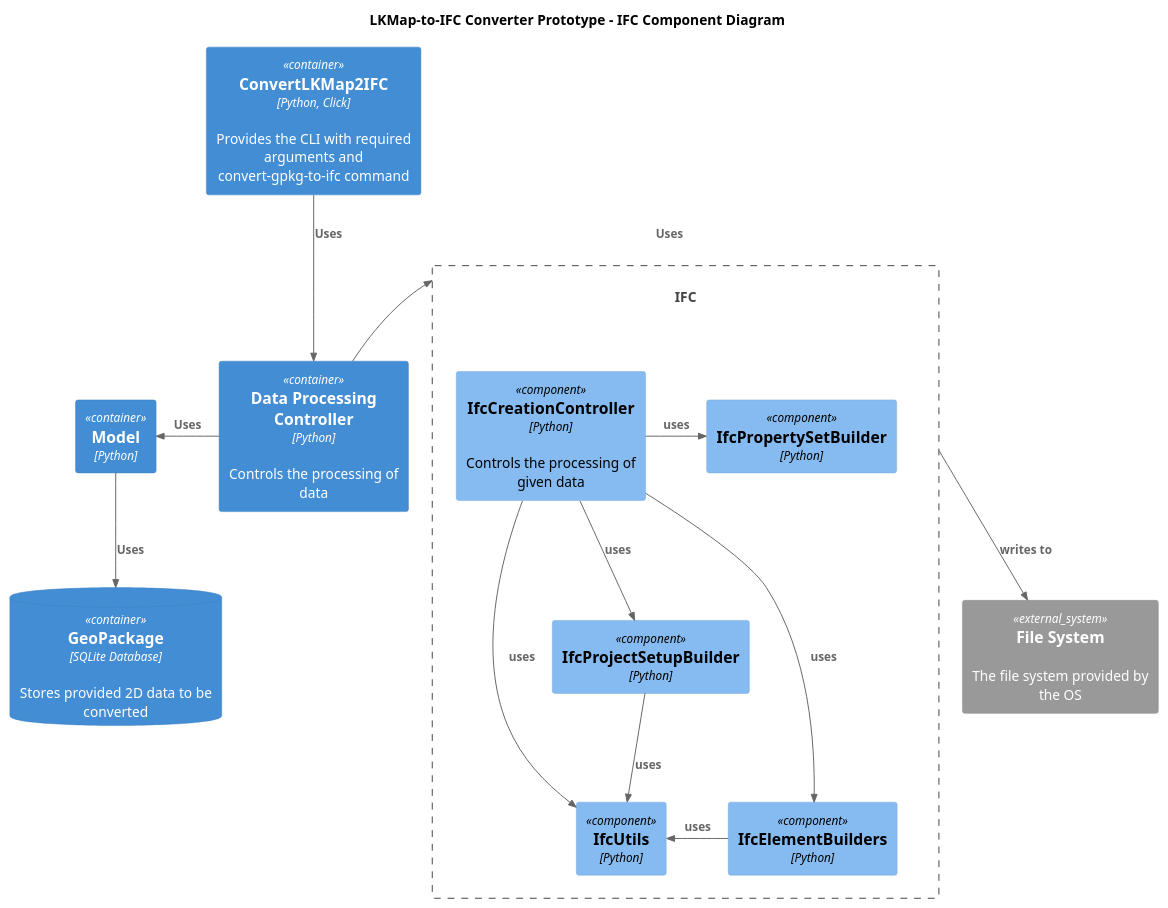
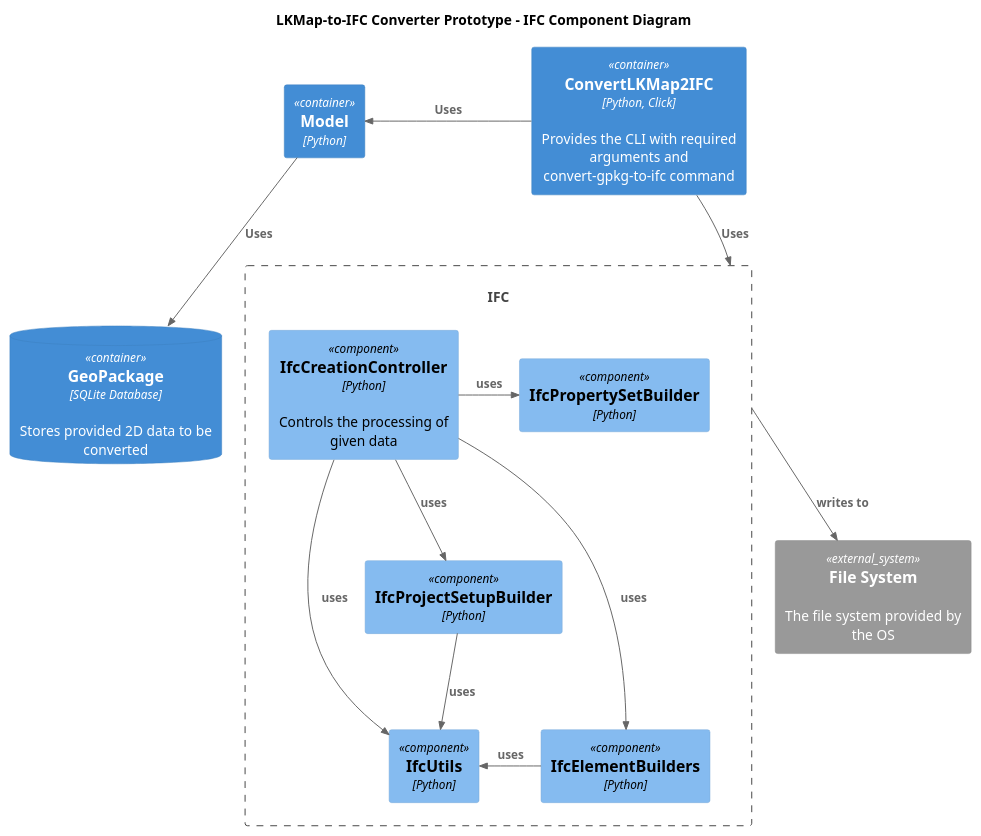
One commit to jmaier241117/LKMap2025_to_IFC_cli changed the diagram in resources/IFCComponentDiagram.puml. Above: the diagram before and after it, drawn with PlantUML. The commit also changed 2 other files, not shown here.

Commit message:
updated c4 diagrams

```diff
--- a/resources/IFCComponentDiagram.puml
+++ b/resources/IFCComponentDiagram.puml
@@ -1,34 +1,32 @@
 @startuml
 !include C4_Component.puml
 
 title LKMap-to-IFC Converter Prototype - IFC Component Diagram
 
 Container(cli, "ConvertLKMap2IFC", "Python, Click", "Provides the CLI with required arguments and convert-gpkg-to-ifc command")
-Container(controller, "Data Processing Controller", "Python", "Controls the processing of data")
 Container(modelController, "Model", "Python", "")
 ContainerDb(geoPackage, "GeoPackage", "SQLite Database", "Stores provided 2D data to be converted")
-Rel(cli, controller, "Uses")
-Rel_L(controller, modelController, "Uses")
-Rel_R(controller, IFC, "Uses")
+Rel_L(cli, modelController, "Uses")
+Rel(cli, IFC, "Uses")
 
 Container_Boundary(IFC, "IFC") {
     Component(ifcCreationController, "IfcCreationController", "Python", "Controls the processing of given data")
     Component(ifcElementBuilders, "IfcElementBuilders", "Python", "")
     Component(ifcProjectSetupBuilder, "IfcProjectSetupBuilder", "Python", "")
     Component(ifcPropertySetBuilder, "IfcPropertySetBuilder", "Python", "")
     Component(ifcUtils, "IfcUtils", "Python", "")
     Rel(ifcCreationController, ifcElementBuilders, "uses")
     Rel(ifcCreationController, ifcProjectSetupBuilder, "uses")
     Rel(ifcCreationController, ifcUtils, "uses")
     Rel_L(ifcElementBuilders, ifcUtils, "uses")
     Rel(ifcProjectSetupBuilder, ifcUtils, "uses")
     Rel_R(ifcCreationController, ifcPropertySetBuilder, "uses")
 }
 System_Ext(filesystem, "File System", "The file system provided by the OS")
 ContainerDb(geoPackage, "GeoPackage", "SQLite Database", "Stores provided 2D data to be converted")
 
 Rel(modelController, geoPackage, "Uses")
 Rel(IFC, filesystem, "writes to")
 
 
 @enduml
```
